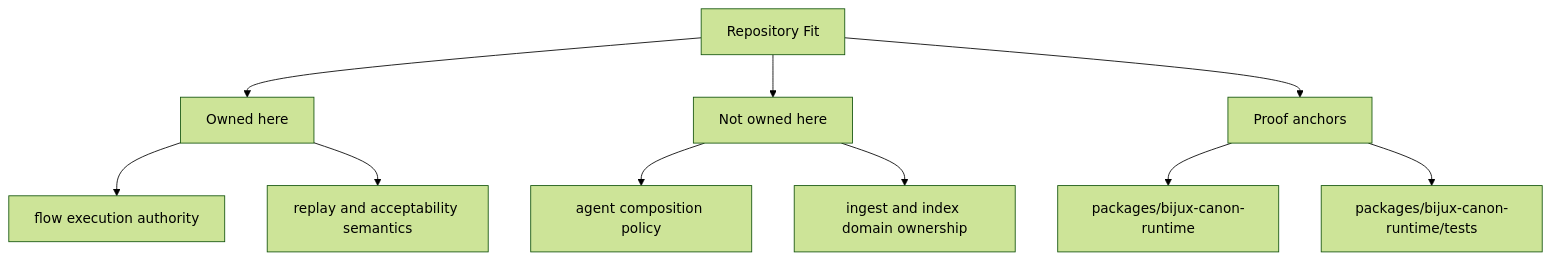
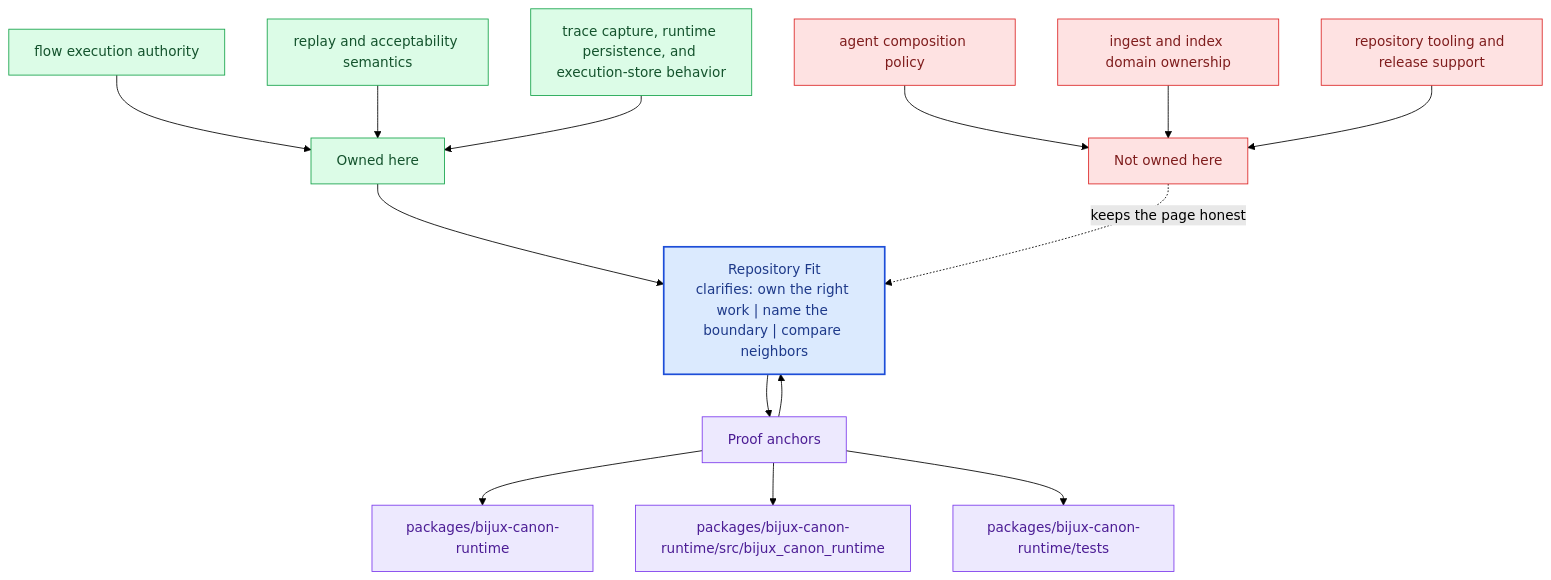
The second of 2 diagrams in docs/bijux-canon-runtime/foundation/repository-fit.md (bijux/bijux-canon), drawn with Mermaid (forest theme) before and after one commit. The commit also changed other lines of this file and 281 other files, not shown here.

Commit message:
docs(diagrams): deepen handbook mermaid maps across the catalog

````diff
--- a/docs/bijux-canon-runtime/foundation/repository-fit.md
+++ b/docs/bijux-canon-runtime/foundation/repository-fit.md
@@ -36,22 +69,40 @@
 ```mermaid
-flowchart TD
-    page["Repository Fit"]
+flowchart TB
+    promise["Repository Fit<br/>clarifies: own the right work | name the boundary | compare neighbors"]
+    classDef promise fill:#dbeafe,stroke:#1d4ed8,color:#1e3a8a,stroke-width:2px;
+    classDef driver fill:#dcfce7,stroke:#16a34a,color:#14532d;
+    classDef constraint fill:#fee2e2,stroke:#dc2626,color:#7f1d1d;
+    classDef ground fill:#ede9fe,stroke:#7c3aed,color:#4c1d95;
     focus1["Owned here"]
-    page --> focus1
+    focus1 --> promise
     focus1_1["flow execution authority"]
-    focus1 --> focus1_1
+    focus1_1 --> focus1
     focus1_2["replay and acceptability semantics"]
-    focus1 --> focus1_2
+    focus1_2 --> focus1
+    focus1_3["trace capture, runtime persistence, and execution-store behavior"]
+    focus1_3 --> focus1
+    class focus1 driver;
+    class focus1_1,focus1_2,focus1_3 driver;
     focus2["Not owned here"]
-    page --> focus2
+    focus2 -.keeps the page honest.-> promise
     focus2_1["agent composition policy"]
-    focus2 --> focus2_1
+    focus2_1 --> focus2
     focus2_2["ingest and index domain ownership"]
-    focus2 --> focus2_2
+    focus2_2 --> focus2
+    focus2_3["repository tooling and release support"]
+    focus2_3 --> focus2
+    class focus2 constraint;
+    class focus2_1,focus2_2,focus2_3 constraint;
     focus3["Proof anchors"]
-    page --> focus3
+    focus3 --> promise
+    promise --> focus3
     focus3_1["packages/bijux-canon-runtime"]
     focus3 --> focus3_1
-    focus3_2["packages/bijux-canon-runtime/tests"]
+    focus3_2["packages/bijux-canon-runtime/src/bijux_canon_runtime"]
     focus3 --> focus3_2
+    focus3_3["packages/bijux-canon-runtime/tests"]
+    focus3 --> focus3_3
+    class focus3 ground;
+    class focus3_1,focus3_2,focus3_3 ground;
+    class promise promise;
 ```
````
